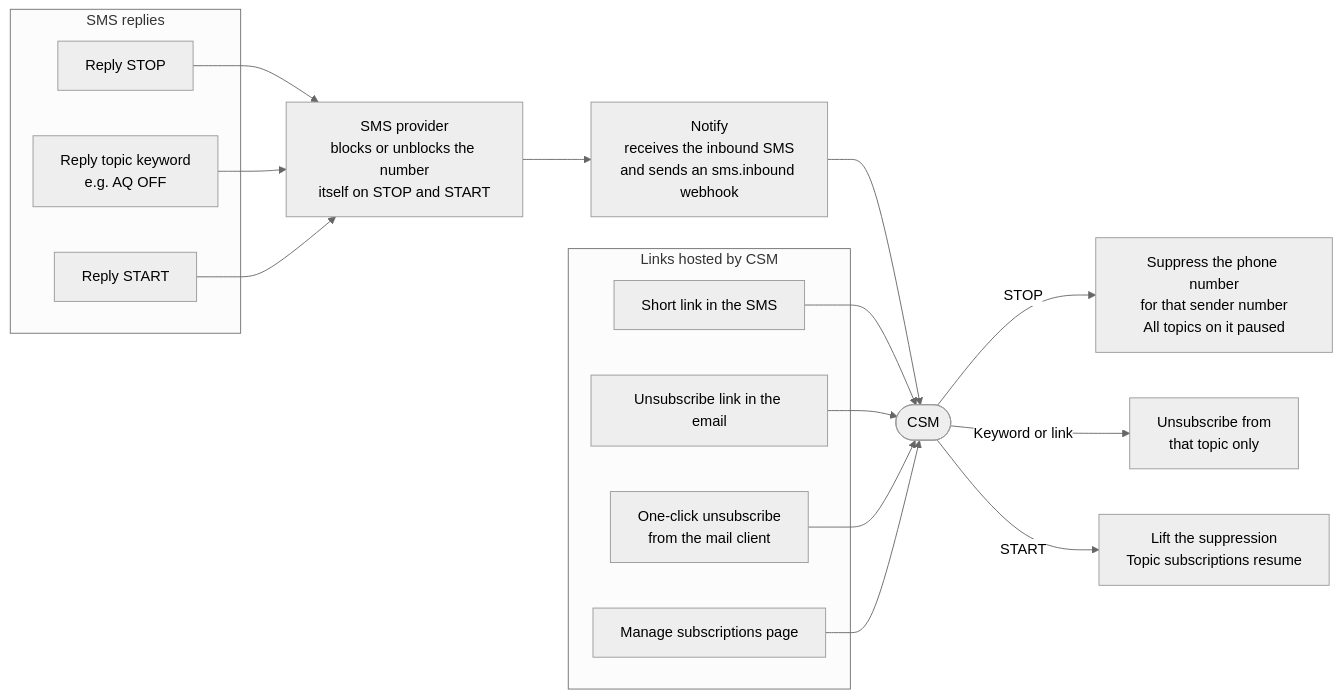
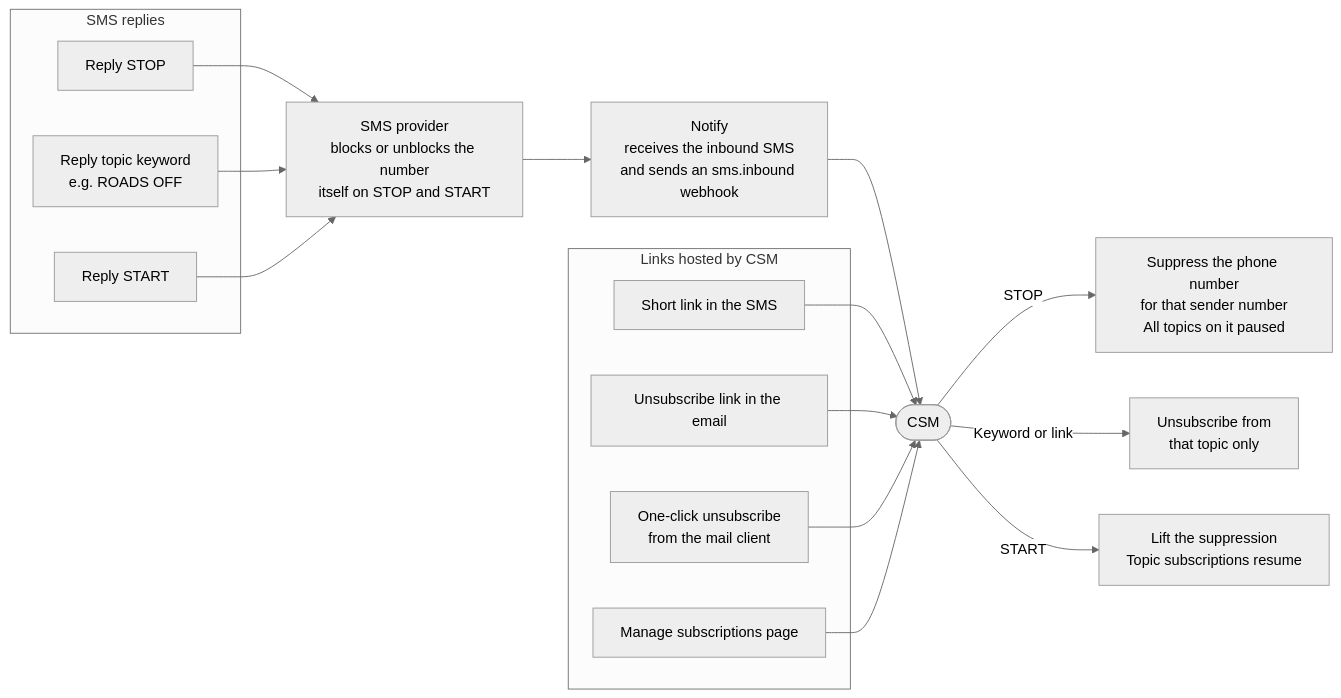
One commit to bcgov/common-subscription-manager changed the fourth of 7 diagrams in README.md. Above: the diagram before and after it, drawn with Mermaid (neutral theme). The commit also changed other lines of this file and 2 other files, not shown here.

````diff
--- a/README.md
+++ b/README.md
@@ -25,33 +145,33 @@
 ```mermaid
 flowchart LR
     subgraph SMS["SMS replies"]
         stop["Reply STOP"]
-        kw["Reply topic keyword<br/>e.g. AQ OFF"]
+        kw["Reply topic keyword<br/>e.g. ROADS OFF"]
         start["Reply START"]
     end
 
     subgraph Links["Links hosted by CSM"]
         smslink["Short link in the SMS"]
         emaillink["Unsubscribe link in the email"]
         oneclick["One-click unsubscribe<br/>from the mail client"]
         manage["Manage subscriptions page"]
     end
 
     provider["SMS provider<br/>blocks or unblocks the number<br/>itself on STOP and START"]
     notify["Notify<br/>receives the inbound SMS<br/>and sends an sms.inbound webhook"]
     csm(["CSM"])
 
     stop --> provider
     kw --> provider
     start --> provider
     provider --> notify --> csm
 
     smslink --> csm
     emaillink --> csm
     oneclick --> csm
     manage --> csm
 
     csm -->|STOP| allOff["Suppress the phone number<br/>for that sender number<br/>All topics on it paused"]
     csm -->|"Keyword or link"| oneOff["Unsubscribe from<br/>that topic only"]
     csm -->|START| resume["Lift the suppression<br/>Topic subscriptions resume"]
 ```
````
